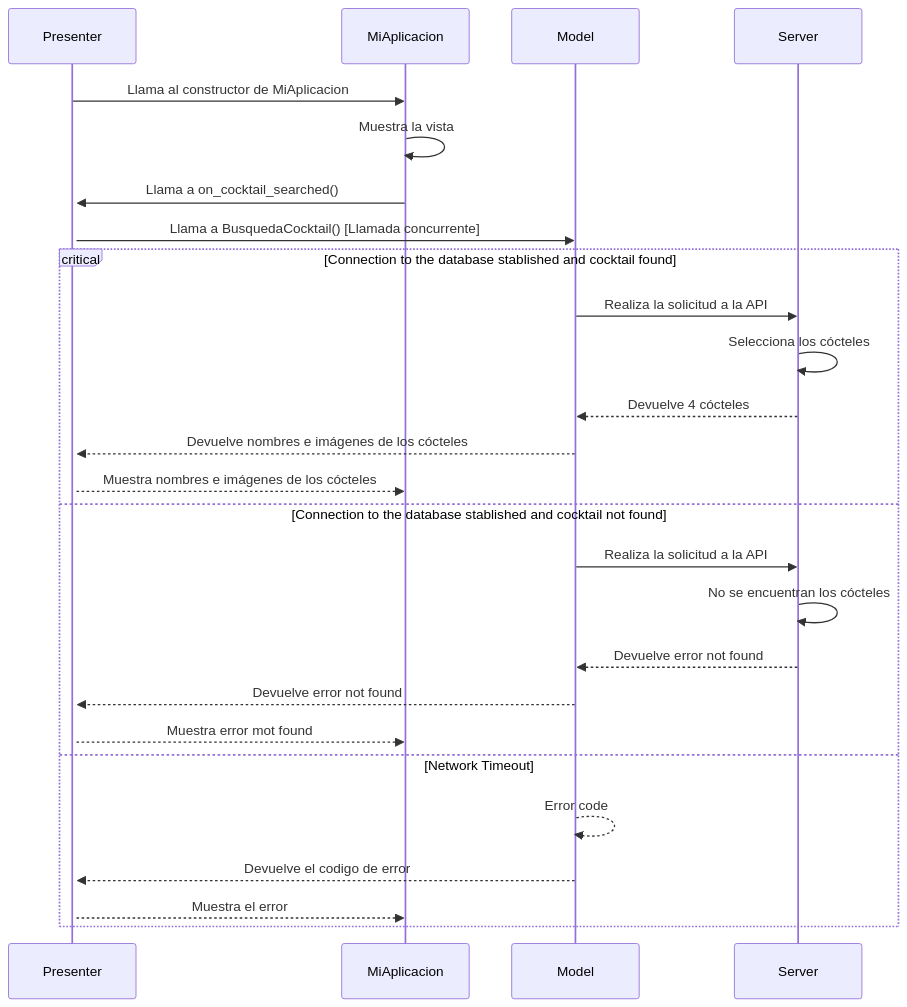
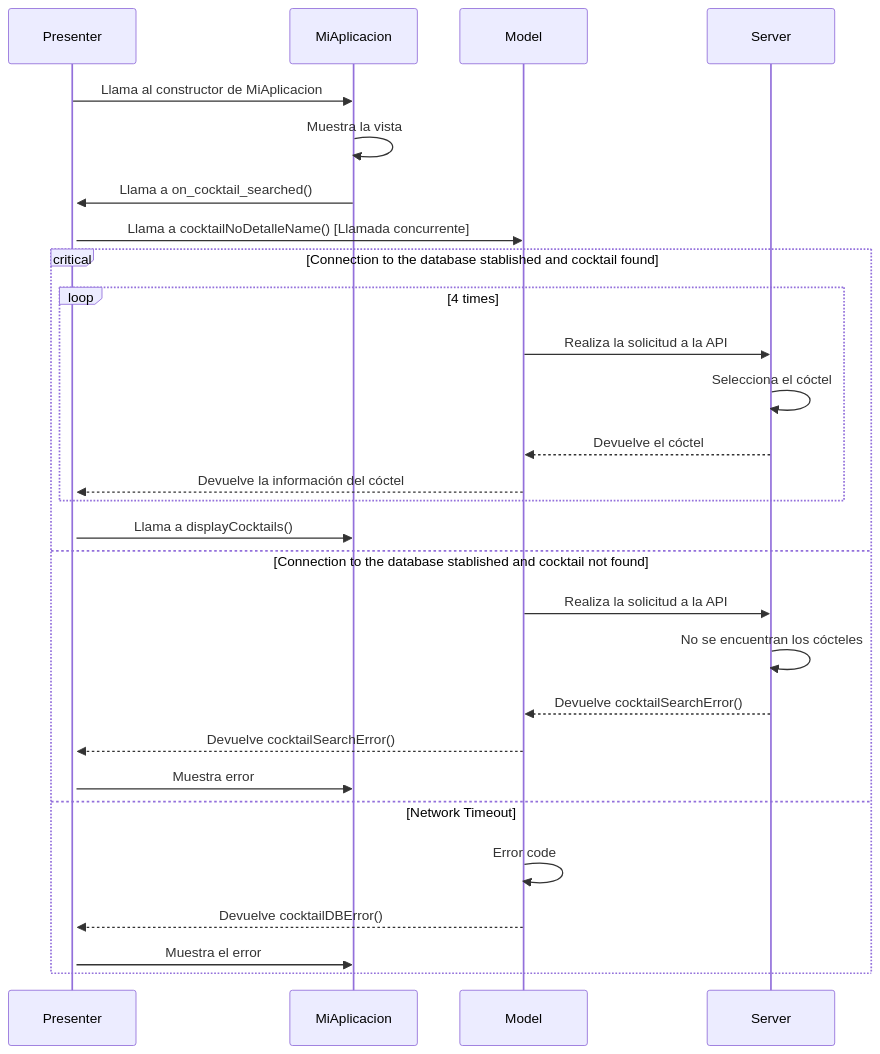
The seventh of 7 diagrams in Desktop/diseño_sw.md (braisf03/IPM), drawn with Mermaid before and after one commit. The commit also changed other lines of this file, not shown here.

````diff
--- a/Desktop/diseño_sw.md
+++ b/Desktop/diseño_sw.md
@@ -281,34 +281,36 @@
 ```mermaid
 sequenceDiagram
 #--------------Definiciones de actores--------------#
     participant Presenter as Presenter
     participant MiAplicacion as MiAplicacion
     participant Model as Model
     participant Server as Server
 
 #--------------Inicio de la aplicación--------------#
     Presenter->>MiAplicacion: Llama al constructor de MiAplicacion
     activate Presenter
     MiAplicacion->>MiAplicacion: Muestra la vista
     MiAplicacion->>Presenter: Llama a on_cocktail_searched() 
-    Presenter->>Model: Llama a BusquedaCocktail() [Llamada concurrente]
+    Presenter->>Model: Llama a cocktailNoDetalleName() [Llamada concurrente]
 
 #-------------Accesos a la base de datos------------#        
     critical Connection to the database stablished and cocktail found
-        Model->>Server: Realiza la solicitud a la API
-        Server->>Server: Selecciona los cócteles
-        Server-->>Model: Devuelve 4 cócteles
-        Model-->>Presenter: Devuelve nombres e imágenes de los cócteles
-        Presenter-->>MiAplicacion: Muestra nombres e imágenes de los cócteles
+     loop 4 times
+            Model->>Server:  Realiza la solicitud a la API
+            Server->>Server: Selecciona el cóctel
+            Server-->>Model: Devuelve el cóctel
+            Model-->>Presenter: Devuelve la información del cóctel
+        end
+        Presenter->>MiAplicacion: Llama a displayCocktails()
     option Connection to the database stablished and cocktail not found
         Model->>Server: Realiza la solicitud a la API
         Server->>Server: No se encuentran los cócteles
-        Server-->>Model: Devuelve error not found
-        Model-->>Presenter: Devuelve error not found
-        Presenter-->>MiAplicacion: Muestra error mot found
+        Server-->>Model: Devuelve cocktailSearchError()
+        Model-->>Presenter: Devuelve cocktailSearchError()
+        Presenter->>MiAplicacion: Muestra error 
     option Network Timeout   
-        Model-->>Model: Error code
-        Model-->>Presenter: Devuelve el codigo de error
-        Presenter-->>MiAplicacion: Muestra el error
+        Model->>Model: Error code
+        Model-->>Presenter: Devuelve cocktailDBError()
+        Presenter->>MiAplicacion: Muestra el error
     end
 ```
````
